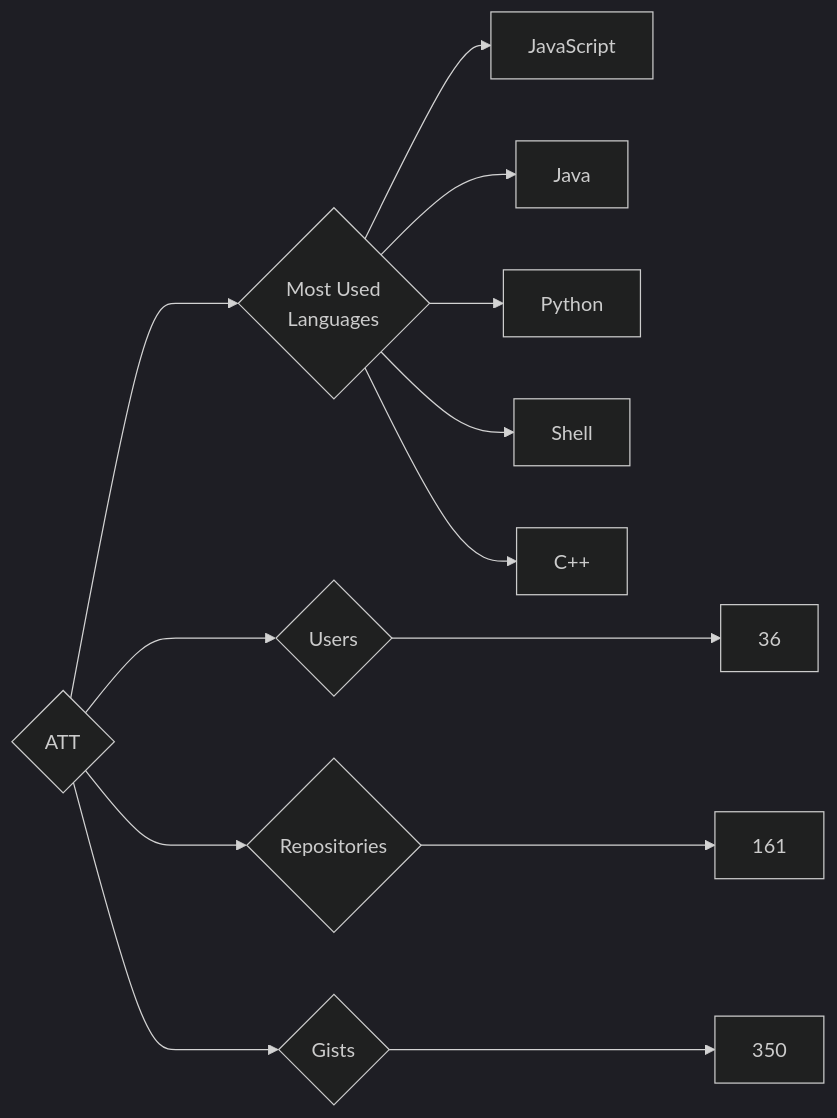
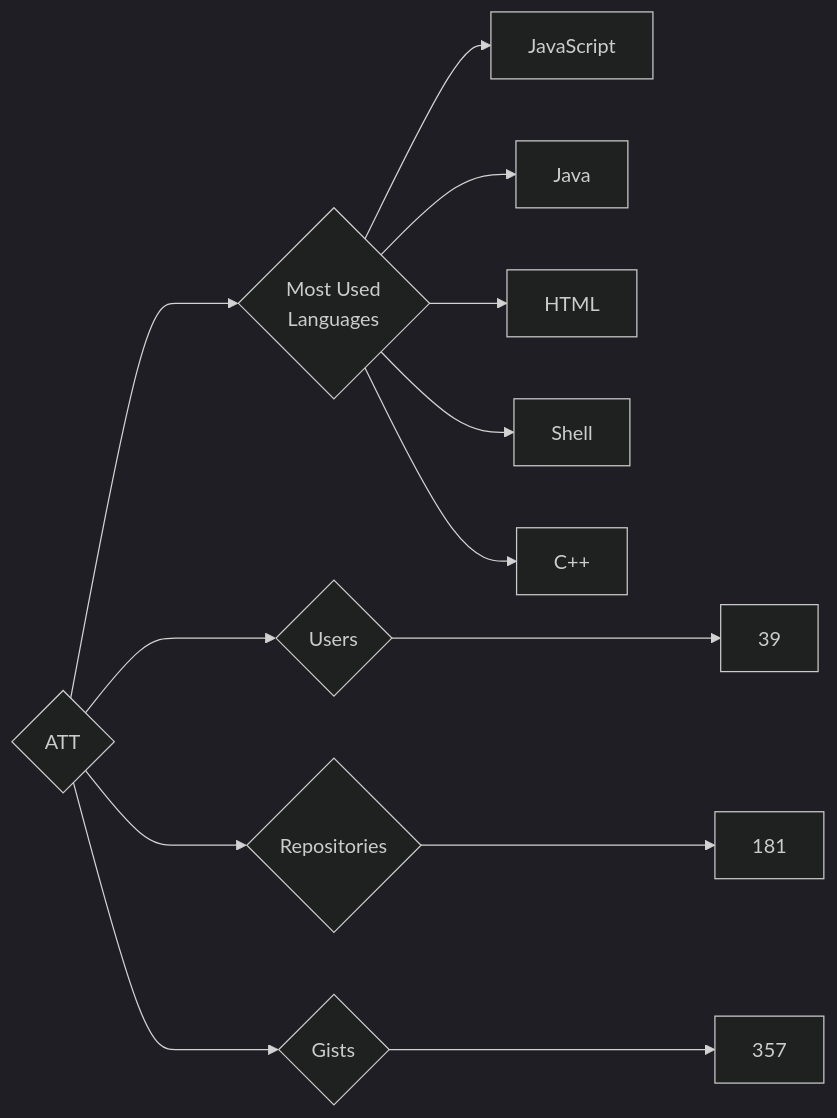
The diagram in targets/ATT/README.md (trickest/insiders), drawn with Mermaid (dark theme) before and after one commit. The commit also changed 870 other files, not shown here.

````diff
--- a/targets/ATT/README.md
+++ b/targets/ATT/README.md
@@ -3,13 +3,13 @@
 ```mermaid
 graph LR
 COMPANY_NAME{ATT}
-COMPANY_NAME ---> U{Users} ---> UN[36]
-COMPANY_NAME ---> R{Repositories} ---> RN[161]
-COMPANY_NAME ---> G{Gists} ---> GN[350]
+COMPANY_NAME ---> U{Users} ---> UN[39]
+COMPANY_NAME ---> R{Repositories} ---> RN[181]
+COMPANY_NAME ---> G{Gists} ---> GN[357]
 COMPANY_NAME ---> ML{Most Used<br>Languages}
 ML --> JavaScript[JavaScript]
 ML --> Java[Java]
-ML --> Python[Python]
+ML --> HTML[HTML]
 ML --> Shell[Shell]
 ML --> C++[C++]
 ```
````
